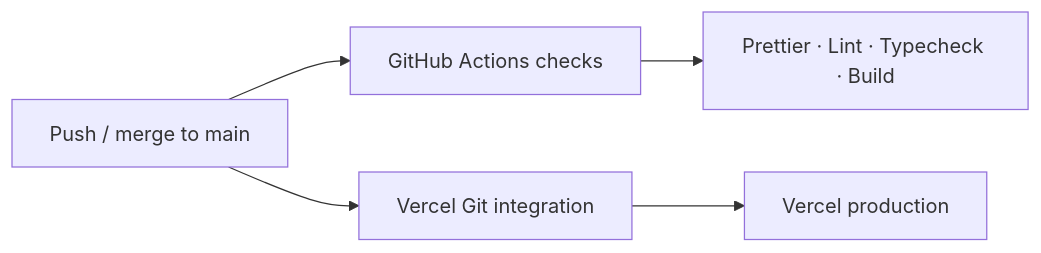
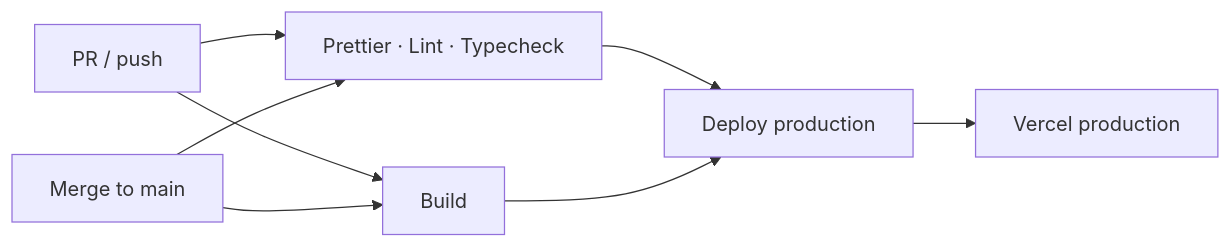
One commit to Lancerhawk/Hearth changed the sixth of 6 diagrams in README.md. Above: the diagram before and after it, drawn with Mermaid. The commit also changed other lines of this file and 2 other files, not shown here.

First line of the commit message:
ci: restore Actions deploy with split quality and build jobs

````diff
--- a/README.md
+++ b/README.md
@@ -196,7 +203,10 @@
 ```mermaid
 flowchart LR
-  Push[Push / merge to main] --> CI[GitHub Actions checks]
-  Push --> VercelGit[Vercel Git integration]
-  CI --> Checks["Prettier · Lint · Typecheck · Build"]
-  VercelGit --> Prod[Vercel production]
+  PR[PR / push] --> Q[Prettier · Lint · Typecheck]
+  PR --> B[Build]
+  Main[Merge to main] --> Q
+  Main --> B
+  Q --> D[Deploy production]
+  B --> D
+  D --> Prod[Vercel production]
 ```
````
